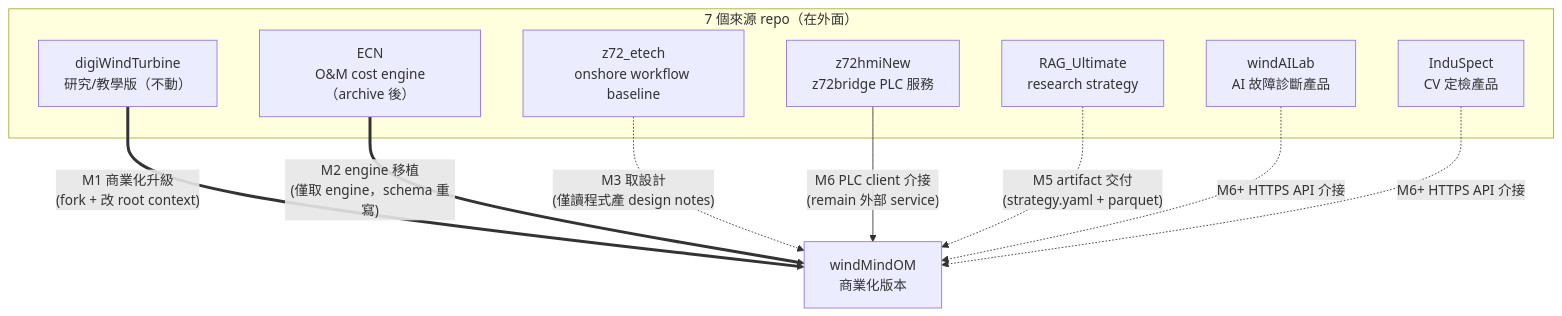
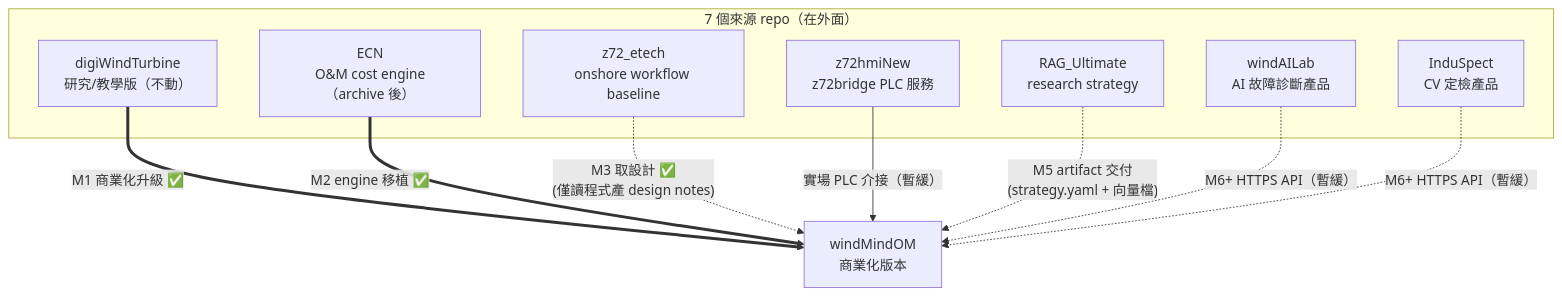
The seventh of 9 diagrams in docs/architecture/windMindOM-architecture.md (dofliu/windMindOM), drawn with Mermaid before and after one commit. The commit also changed other lines of this file and 12 other files, not shown here.

First line of the commit message:
docs(#WMOM-20261022-03): 架構全貌圖更新與專案文件同步（EPIC-DS 之後） (#231)

````diff
--- a/docs/architecture/windMindOM-architecture.md
+++ b/docs/architecture/windMindOM-architecture.md
@@ -179,22 +243,22 @@
 ```mermaid
 graph TB
     subgraph Source["7 個來源 repo（在外面）"]
         DigiWT["digiWindTurbine<br/>研究/教學版（不動）"]
         ECN["ECN<br/>O&M cost engine（archive 後）"]
         Etech["z72_etech<br/>onshore workflow baseline"]
         Z72HMI["z72hmiNew<br/>z72bridge PLC 服務"]
         WindAI["windAILab<br/>AI 故障診斷產品"]
         RAG["RAG_Ultimate<br/>research strategy"]
         Indu["InduSpect<br/>CV 定檢產品"]
     end
 
     WMOM["windMindOM<br/>商業化版本"]
 
-    DigiWT ==>|"M1 商業化升級<br/>(fork + 改 root context)"| WMOM
-    ECN ==>|"M2 engine 移植<br/>(僅取 engine，schema 重寫)"| WMOM
-    Etech -.->|"M3 取設計<br/>(僅讀程式產 design notes)"| WMOM
-    Z72HMI -->|"M6 PLC client 介接<br/>(remain 外部 service)"| WMOM
-    RAG -.->|"M5 artifact 交付<br/>(strategy.yaml + parquet)"| WMOM
-    WindAI -.->|"M6+ HTTPS API 介接"| WMOM
-    Indu -.->|"M6+ HTTPS API 介接"| WMOM
+    DigiWT ==>|"M1 商業化升級 ✅"| WMOM
+    ECN ==>|"M2 engine 移植 ✅"| WMOM
+    Etech -.->|"M3 取設計 ✅<br/>(僅讀程式產 design notes)"| WMOM
+    Z72HMI -->|"實場 PLC 介接（暫緩）"| WMOM
+    RAG -.->|"M5 artifact 交付<br/>(strategy.yaml + 向量檔)"| WMOM
+    WindAI -.->|"M6+ HTTPS API（暫緩）"| WMOM
+    Indu -.->|"M6+ HTTPS API（暫緩）"| WMOM
 ```
````
